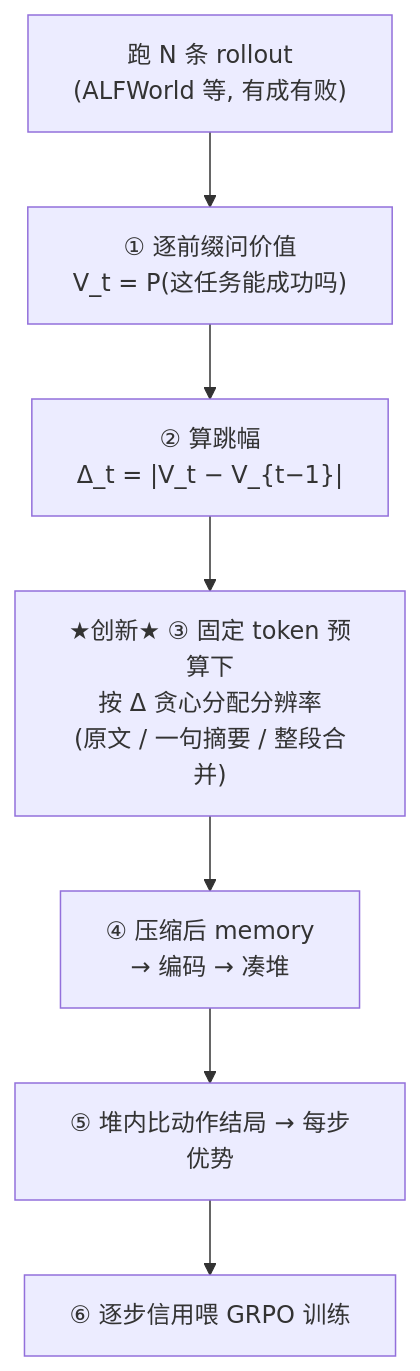
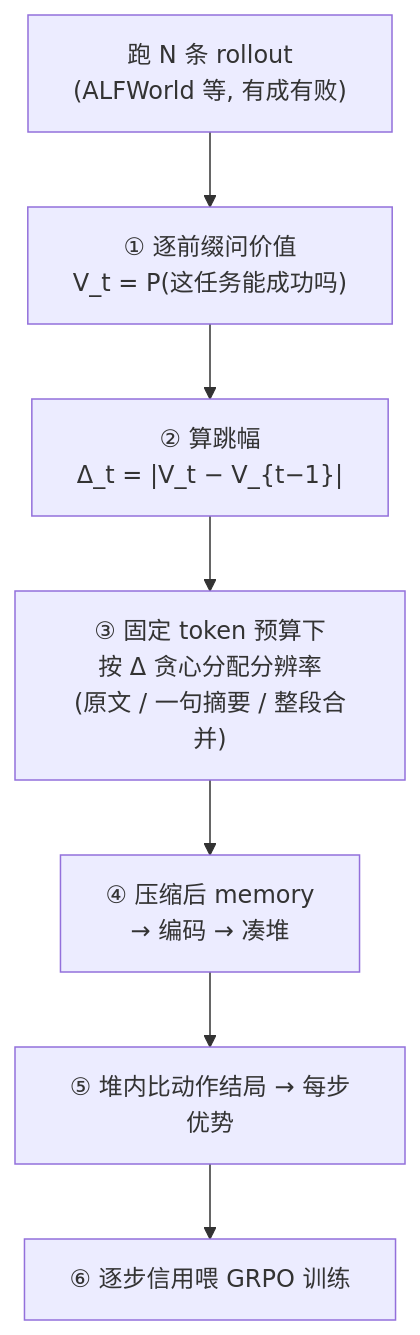
The diagram in memory压缩.md (wuyi510627-droid/bipace_test), drawn with Mermaid before and after one commit. The commit also changed other lines of this file, not shown here.

````diff
--- a/memory压缩.md
+++ b/memory压缩.md
@@ -60,9 +45,9 @@
 ```mermaid
 flowchart TD
     A["跑 N 条 rollout<br/>(ALFWorld 等, 有成有败)"] --> B["① 逐前缀问价值<br/>V_t = P(这任务能成功吗)"]
     B --> C["② 算跳幅<br/>Δ_t = |V_t − V_{t−1}|"]
-    C --> D["★创新★ ③ 固定 token 预算下<br/>按 Δ 贪心分配分辨率<br/>(原文 / 一句摘要 / 整段合并)"]
+    C --> D["③ 固定 token 预算下<br/>按 Δ 贪心分配分辨率<br/>(原文 / 一句摘要 / 整段合并)"]
     D --> E["④ 压缩后 memory<br/>→ 编码 → 凑堆"]
     E --> F["⑤ 堆内比动作结局 → 每步优势"]
     F --> G["⑥ 逐步信用喂 GRPO 训练"]
 ```
````
